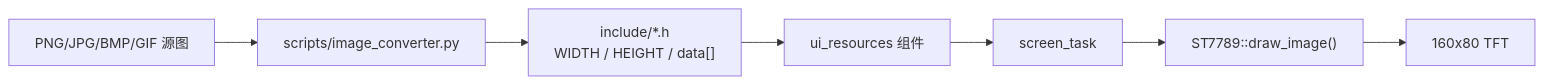
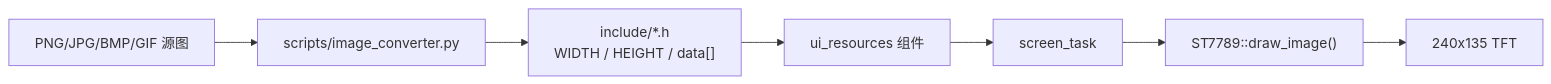
One commit to qingmeijiupiao/Wireless_power_meter_pro_v2 changed the diagram in components/assets/ui_resources/README.md. Above: the diagram before and after it, drawn with Mermaid. The commit also changed other lines of this file and 57 other files, not shown here.

````diff
--- a/components/assets/ui_resources/README.md
+++ b/components/assets/ui_resources/README.md
@@ -26,9 +26,9 @@
 ```mermaid
 flowchart LR
     Image["PNG/JPG/BMP/GIF 源图"] --> Tool["scripts/image_converter.py"]
     Tool --> Header["include/*.h<br/>WIDTH / HEIGHT / data[]"]
     Header --> CMake["ui_resources 组件"]
     CMake --> Screen["screen_task"]
     Screen --> Driver["ST7789::draw_image()"]
-    Driver --> LCD["160x80 TFT"]
+    Driver --> LCD["240x135 TFT"]
 ```
````
